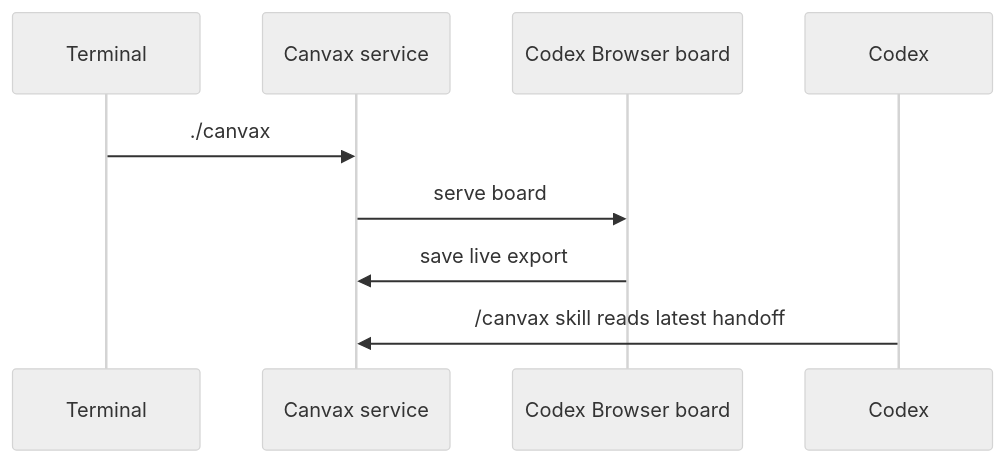
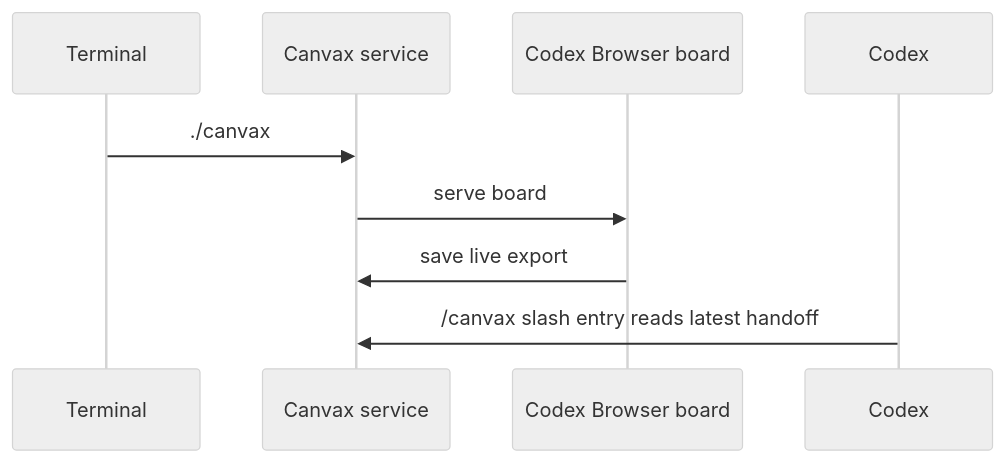
One commit to varshneydevansh/Canvax changed the third of 3 diagrams in docs/INSTALL.md. Above: the diagram before and after it, drawn with Mermaid (neutral theme). The commit also changed other lines of this file and 27 other files, not shown here.

````diff
--- a/docs/INSTALL.md
+++ b/docs/INSTALL.md
@@ -185,11 +181,11 @@
 ```mermaid
 sequenceDiagram
     participant T as Terminal
     participant S as Canvax service
     participant B as Codex Browser board
     participant C as Codex
     T->>S: ./canvax
     S->>B: serve board
     B->>S: save live export
-    C->>S: /canvax skill reads latest handoff
+    C->>S: /canvax slash entry reads latest handoff
 ```
````
